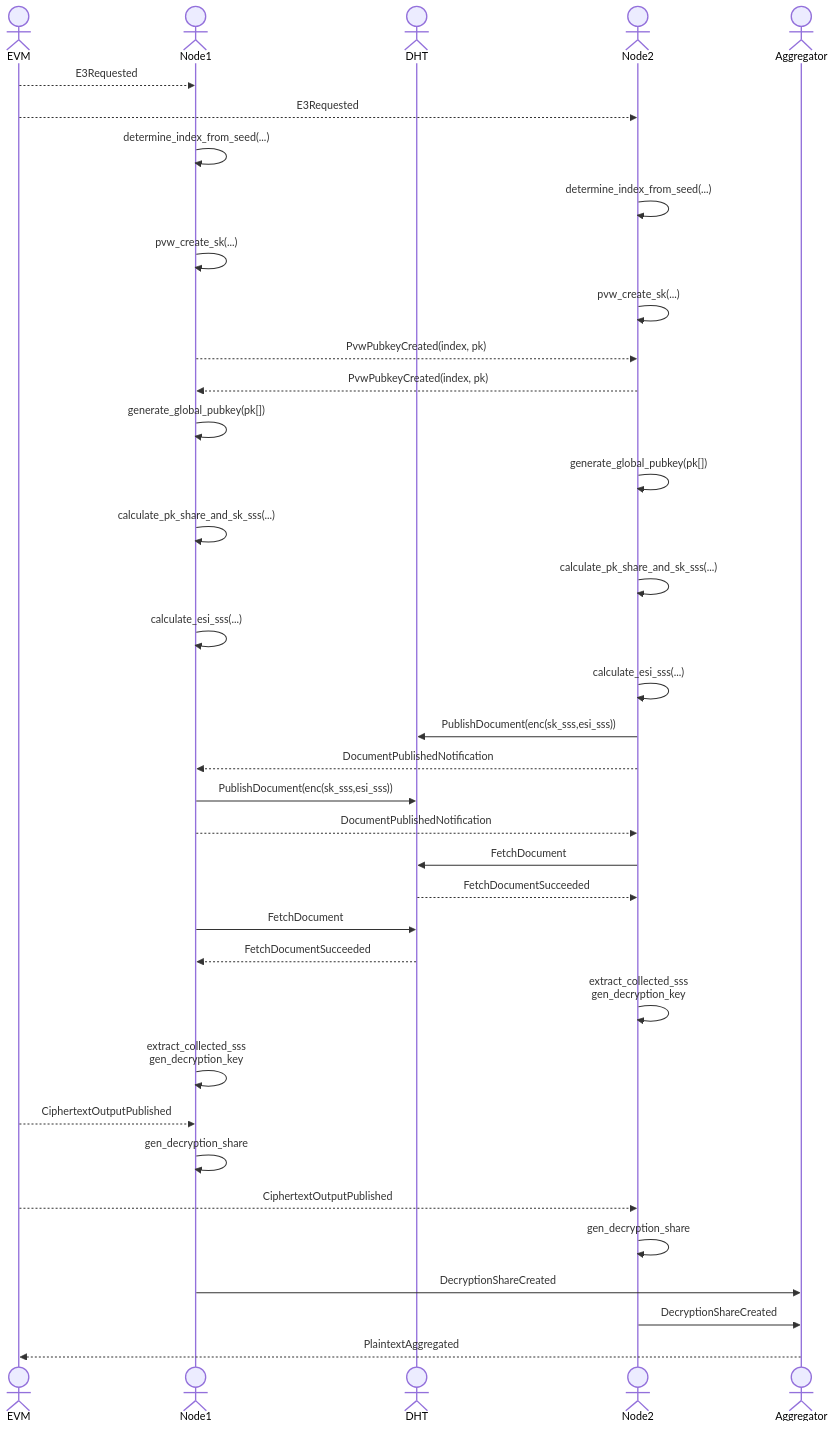
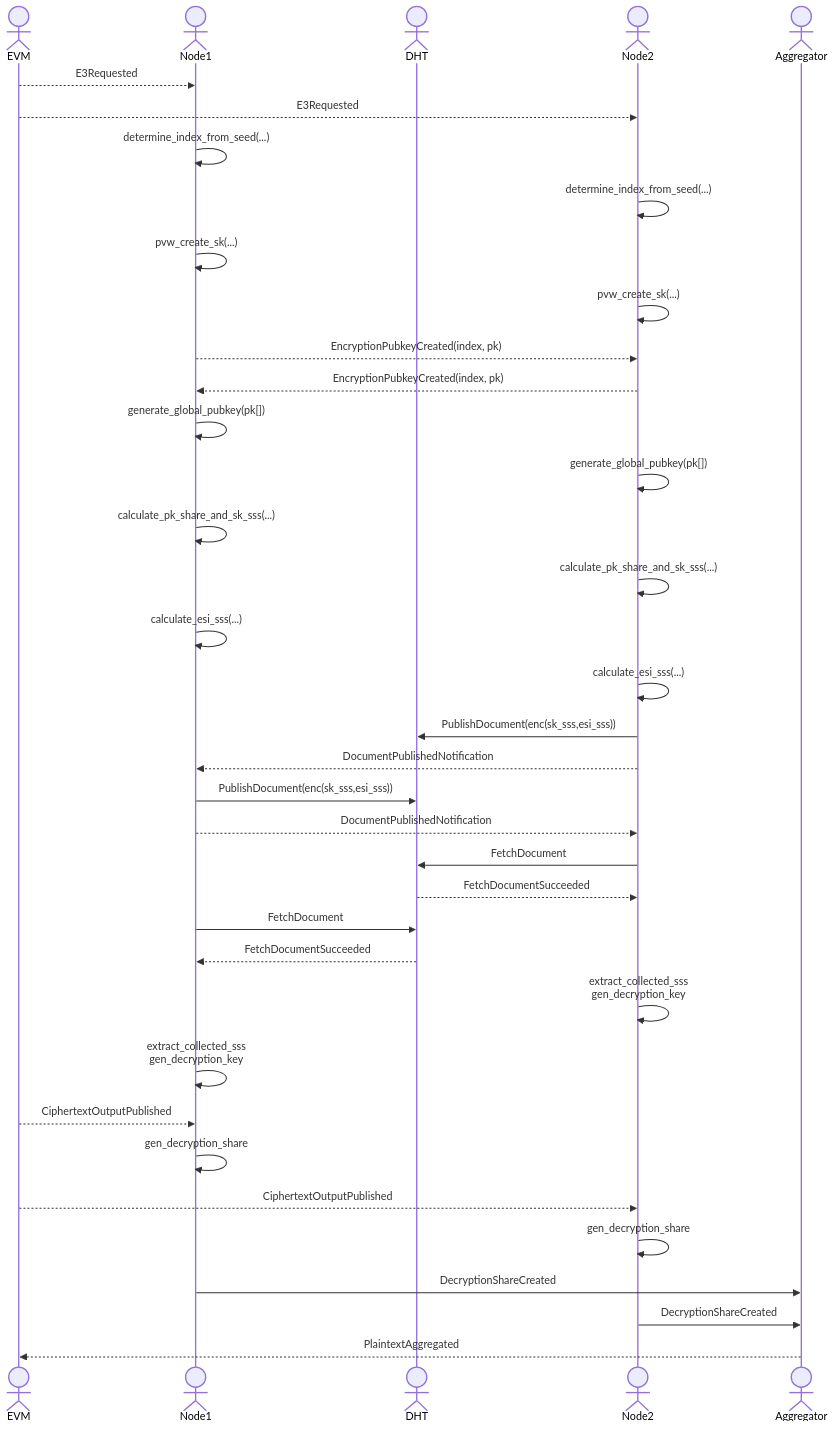
The diagram in crates/events/node_dht_dkg.mmd (gnosisguild/enclave), drawn with Mermaid before and after one commit. The commit also changed 1 other file, not shown here.

Commit message:
feat: update diagram

```diff
--- a/crates/events/node_dht_dkg.mmd
+++ b/crates/events/node_dht_dkg.mmd
@@ -1,38 +1,38 @@
 sequenceDiagram
   actor EVM
   actor Node1
   actor DHT 
   actor Node2 
   actor Agg as Aggregator
 
   EVM -->> Node1: E3Requested
   EVM -->> Node2: E3Requested
   Node1 ->> Node1: determine_index_from_seed(...)
   Node2 ->> Node2: determine_index_from_seed(...)
   Node1 ->> Node1: pvw_create_sk(...)
   Node2 ->> Node2: pvw_create_sk(...)
-  Node1 -->> Node2: PvwPubkeyCreated(index, pk)
-  Node2 -->> Node1: PvwPubkeyCreated(index, pk)
+  Node1 -->> Node2: EncryptionPubkeyCreated(index, pk)
+  Node2 -->> Node1: EncryptionPubkeyCreated(index, pk)
   Node1 ->> Node1: generate_global_pubkey(pk[])
   Node2 ->> Node2: generate_global_pubkey(pk[])
   Node1 ->> Node1: calculate_pk_share_and_sk_sss(...)
   Node2 ->> Node2: calculate_pk_share_and_sk_sss(...)
   Node1 ->> Node1: calculate_esi_sss(...)
   Node2 ->> Node2: calculate_esi_sss(...)
   Node2 ->> DHT: PublishDocument(enc(sk_sss,esi_sss))
   Node2 -->> Node1: DocumentPublishedNotification
   Node1 ->> DHT: PublishDocument(enc(sk_sss,esi_sss))
   Node1 -->> Node2: DocumentPublishedNotification
   Node2 ->> DHT: FetchDocument
   DHT -->> Node2: FetchDocumentSucceeded
   Node1 ->> DHT: FetchDocument
   DHT -->> Node1: FetchDocumentSucceeded
   Node2 ->> Node2: extract_collected_sss <br/> gen_decryption_key
   Node1 ->> Node1: extract_collected_sss <br/> gen_decryption_key
   EVM -->> Node1: CiphertextOutputPublished
   Node1 ->> Node1: gen_decryption_share
   EVM -->> Node2: CiphertextOutputPublished
   Node2 ->> Node2: gen_decryption_share
   Node1 ->> Agg: DecryptionShareCreated
   Node2 ->> Agg: DecryptionShareCreated
   Agg -->> EVM: PlaintextAggregated
```
